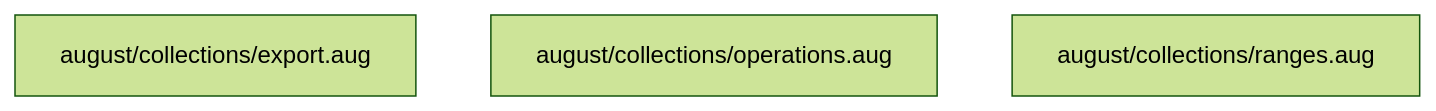
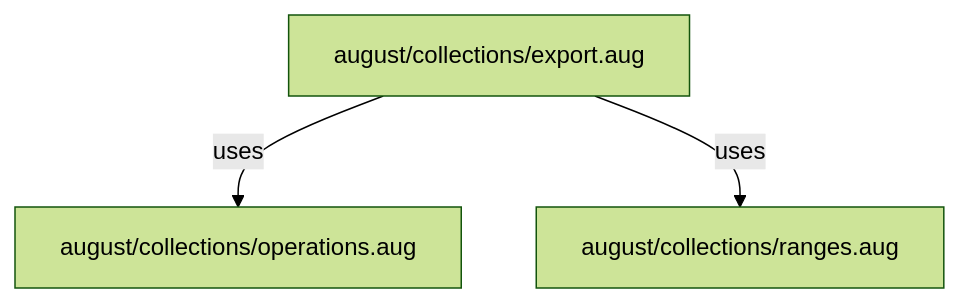
One commit to GreenPandaStudios/augscript changed the second of 2 diagrams in src/stdlib/collections/.aug-spec/diagrams/index.md. Above: the diagram before and after it, drawn with Mermaid (forest theme). The commit also changed 289 other files, not shown here.

Commit message:
Correct diagram control flow and complete generated wiki navigation

````diff
--- a/src/stdlib/collections/.aug-spec/diagrams/index.md
+++ b/src/stdlib/collections/.aug-spec/diagrams/index.md
@@ -19,7 +19,8 @@
 ```mermaid
 flowchart TD
     n0["august/collections/export.aug"]
     n1["august/collections/operations.aug"]
     n2["august/collections/ranges.aug"]
-
+    n0 -->|"uses"| n1
+    n0 -->|"uses"| n2
 ```
````
